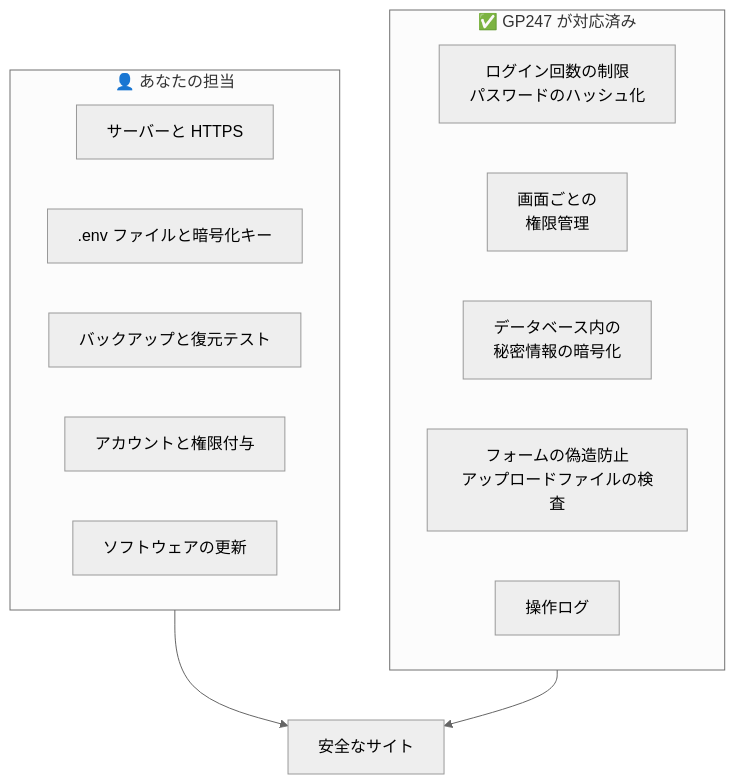
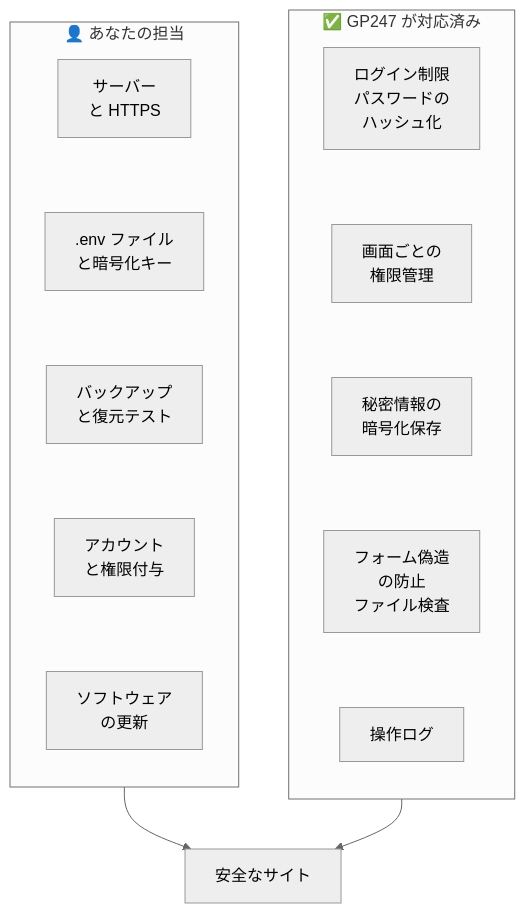
Before and after one commit to gp247net/gp247-docs: the diagram in security/security-introduction_ja.md, drawn with Mermaid (neutral theme). The commit also changed 44 other files, not shown here.

First line of the commit message:
docs: redraw oversized diagrams in security, API and MCP docs (vi/en/ja)

````diff
--- a/security/security-introduction_ja.md
+++ b/security/security-introduction_ja.md
@@ -20,19 +20,13 @@
 ```mermaid
 flowchart TB
     subgraph B["👤 あなたの担当"]
-        B1["サーバーと HTTPS"]
-        B2[".env ファイルと暗号化キー"]
-        B3["バックアップと復元テスト"]
-        B4["アカウントと権限付与"]
-        B5["ソフトウェアの更新"]
+        direction TB
+        B1["サーバー<br/>と HTTPS"] ~~~ B2[".env ファイル<br/>と暗号化キー"] ~~~ B3["バックアップ<br/>と復元テスト"] ~~~ B4["アカウント<br/>と権限付与"] ~~~ B5["ソフトウェア<br/>の更新"]
     end
     subgraph G["✅ GP247 が対応済み"]
-        G1["ログイン回数の制限<br/>パスワードのハッシュ化"]
-        G2["画面ごとの<br/>権限管理"]
-        G3["データベース内の<br/>秘密情報の暗号化"]
-        G4["フォームの偽造防止<br/>アップロードファイルの検査"]
-        G5["操作ログ"]
+        direction TB
+        G1["ログイン制限<br/>パスワードの<br/>ハッシュ化"] ~~~ G2["画面ごとの<br/>権限管理"] ~~~ G3["秘密情報の<br/>暗号化保存"] ~~~ G4["フォーム偽造<br/>の防止<br/>ファイル検査"] ~~~ G5["操作ログ"]
     end
     B --> S["安全なサイト"]
     G --> S
 ```
````
